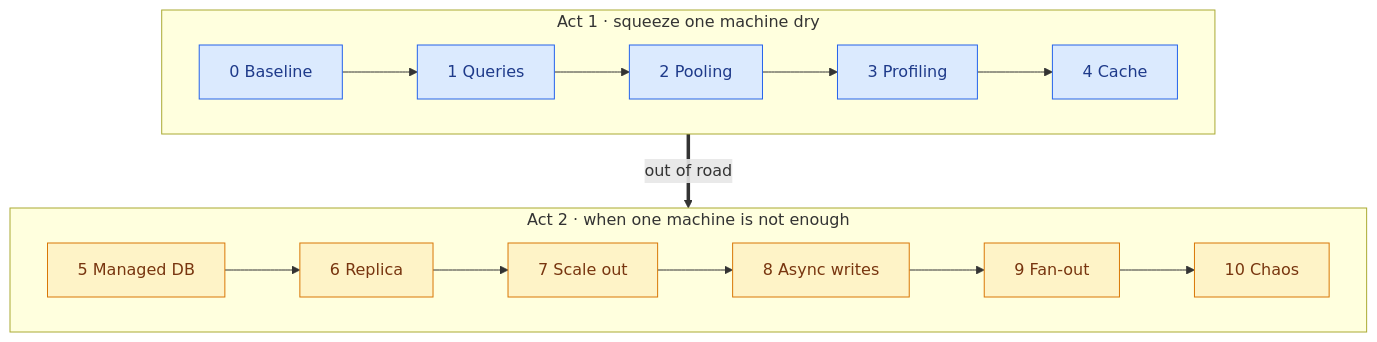
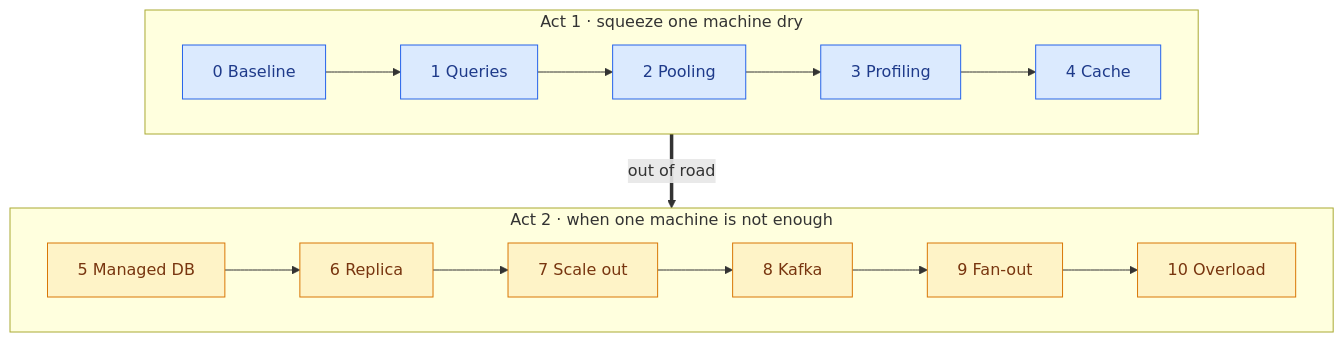
The first of 2 diagrams in README.md (adssib/StressLab), drawn with Mermaid before and after one commit. The commit also changed other lines of this file and 4 other files, not shown here.

First line of the commit message:
docs: roadmap, kafka, overload, full observability, slos

````diff
--- a/README.md
+++ b/README.md
@@ -42,17 +42,17 @@
 ```mermaid
 flowchart TB
   subgraph ACT1["Act 1 · squeeze one machine dry"]
     direction LR
     S0["0 Baseline"] --> S1["1 Queries"] --> S2["2 Pooling"] --> S3["3 Profiling"] --> S4["4 Cache"]
   end
   subgraph ACT2["Act 2 · when one machine is not enough"]
     direction LR
-    S5["5 Managed DB"] --> S6["6 Replica"] --> S7["7 Scale out"] --> S8["8 Async writes"] --> S9["9 Fan-out"] --> S10["10 Chaos"]
+    S5["5 Managed DB"] --> S6["6 Replica"] --> S7["7 Scale out"] --> S8["8 Kafka"] --> S9["9 Fan-out"] --> S10["10 Overload"]
   end
   ACT1 ==>|"out of road"| ACT2
 
   classDef act1 fill:#dbeafe,stroke:#2563eb,color:#1e3a8a
   classDef act2 fill:#fef3c7,stroke:#d97706,color:#78350f
   class S0,S1,S2,S3,S4 act1
   class S5,S6,S7,S8,S9,S10 act2
 ```
````
